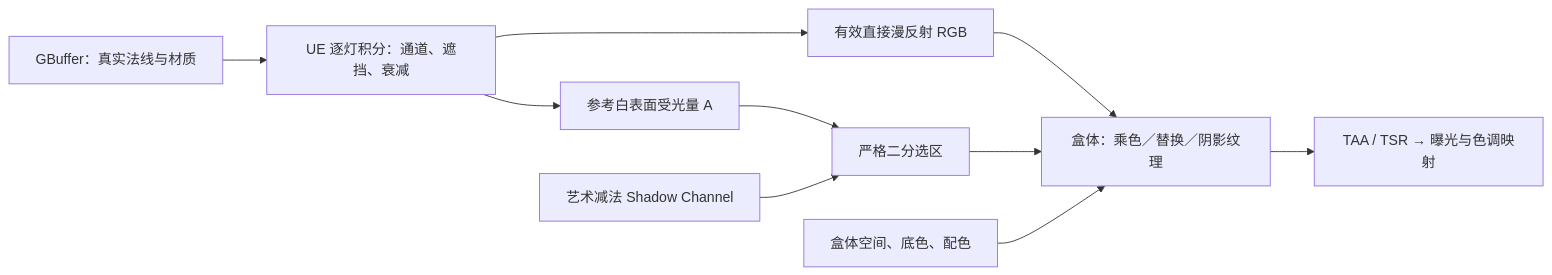
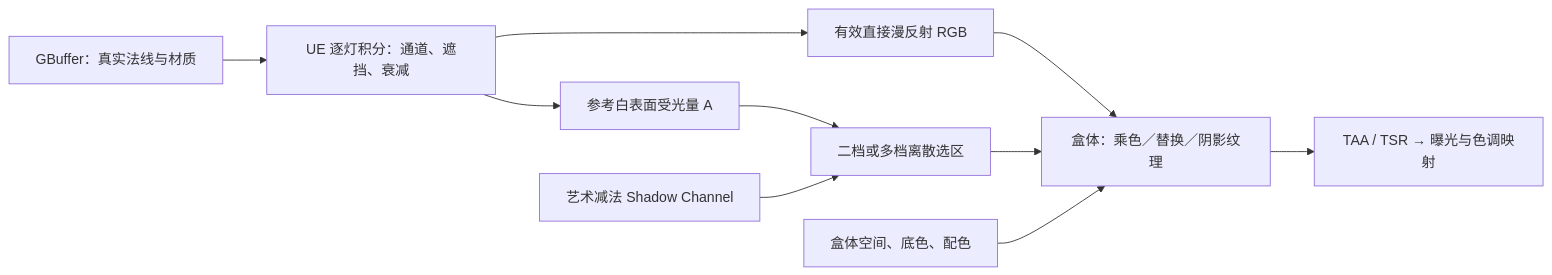
Before and after one commit to Sasoge/UnrealEngine_code: the diagram in docs/deferred-toon-diffuse-mapping-design.md, drawn with Mermaid. The commit also changed other lines of this file and 11 other files, not shown here.

````diff
--- a/docs/deferred-toon-diffuse-mapping-design.md
+++ b/docs/deferred-toon-diffuse-mapping-design.md
@@ -20,12 +20,12 @@
 ```mermaid
 flowchart LR
     G[GBuffer：真实法线与材质] --> L[UE 逐灯积分：通道、遮挡、衰减]
     L --> C[有效直接漫反射 RGB]
     L --> E[参考白表面受光量 A]
-    E --> S[严格二分选区]
+    E --> S[二档或多档离散选区]
     A[艺术减法 Shadow Channel] --> S
     C --> M[盒体：乘色／替换／阴影纹理]
     S --> M
     B[盒体空间、底色、配色] --> M
     M --> T[TAA / TSR → 曝光与色调映射]
 ```
````
